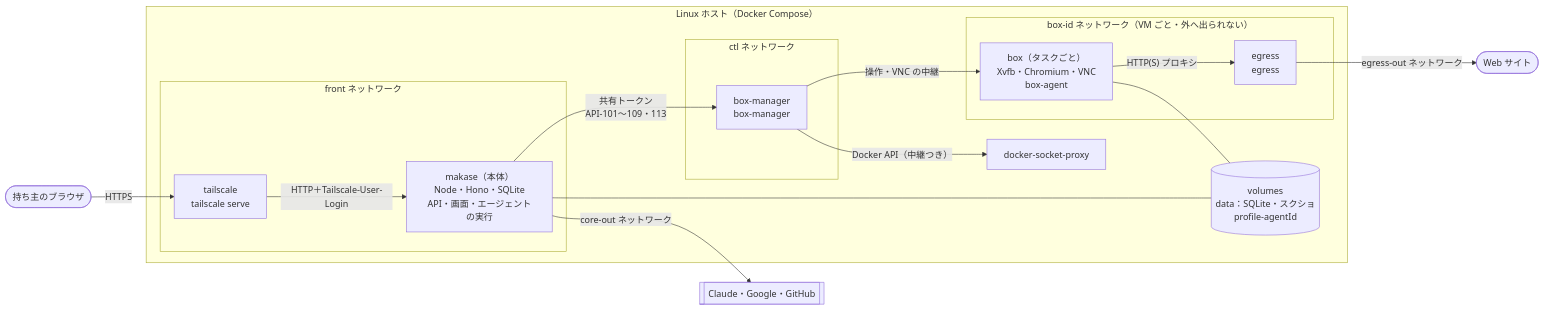
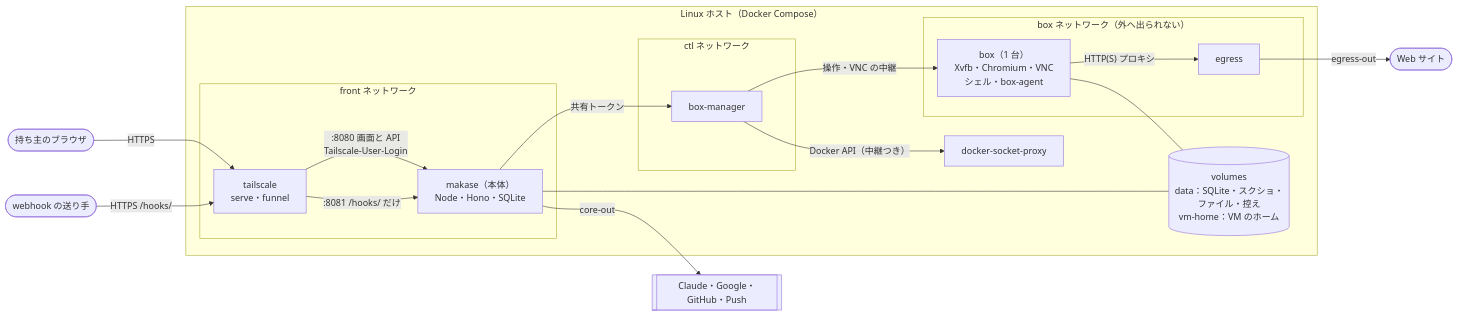
The second of 3 diagrams in docs/design/07_architecture.md (itiwoja/agent-team), drawn with Mermaid before and after one commit. The commit also changed other lines of this file and 25 other files, not shown here.

````diff
--- a/docs/design/07_architecture.md
+++ b/docs/design/07_architecture.md
@@ -37,22 +42,24 @@
 ```mermaid
 flowchart LR
- O(["持ち主のブラウザ"]) -->|"HTTPS"| TS["tailscale<br/>tailscale serve"]
+ O(["持ち主のブラウザ"]) -->|"HTTPS"| TS["tailscale<br/>serve・funnel"]
+ HOOK(["webhook の送り手"]) -->|"HTTPS /hooks/"| TS
  subgraph HOST["Linux ホスト（Docker Compose）"]
   subgraph FRONT["front ネットワーク"]
-   TS -->|"HTTP＋Tailscale-User-Login"| CORE["makase（本体）<br/>Node・Hono・SQLite<br/>API・画面・エージェントの実行"]
+   TS -->|":8080 画面と API<br/>Tailscale-User-Login"| CORE["makase（本体）<br/>Node・Hono・SQLite"]
+   TS -->|":8081 /hooks/ だけ"| CORE
   end
   subgraph CTL["ctl ネットワーク"]
-   CORE -->|"共有トークン<br/>API-101〜109・113"| BM["box-manager<br/>box-manager"]
+   CORE -->|"共有トークン"| BM["box-manager"]
   end
   BM -->|"Docker API（中継つき）"| DS["docker-socket-proxy"]
-  subgraph BOXNET["box-id ネットワーク（VM ごと・外へ出られない）"]
-   BM -->|"操作・VNC の中継"| B1["box（タスクごと）<br/>Xvfb・Chromium・VNC<br/>box-agent"]
-   B1 -->|"HTTP(S) プロキシ"| EG["egress<br/>egress"]
+  subgraph BOXNET["box ネットワーク（外へ出られない）"]
+   BM -->|"操作・VNC の中継"| B1["box（1 台）<br/>Xvfb・Chromium・VNC<br/>シェル・box-agent"]
+   B1 -->|"HTTP(S) プロキシ"| EG["egress"]
   end
-  VOL[("volumes<br/>data：SQLite・スクショ<br/>profile-agentId")]
+  VOL[("volumes<br/>data：SQLite・スクショ・ファイル・控え<br/>vm-home：VM のホーム")]
   CORE --- VOL
   B1 --- VOL
  end
- EG -->|"egress-out ネットワーク"| WEB(["Web サイト"])
- CORE -->|"core-out ネットワーク"| API[["Claude・Google・GitHub"]]
+ EG -->|"egress-out"| WEB(["Web サイト"])
+ CORE -->|"core-out"| API[["Claude・Google・GitHub・Push"]]
 ```
````
